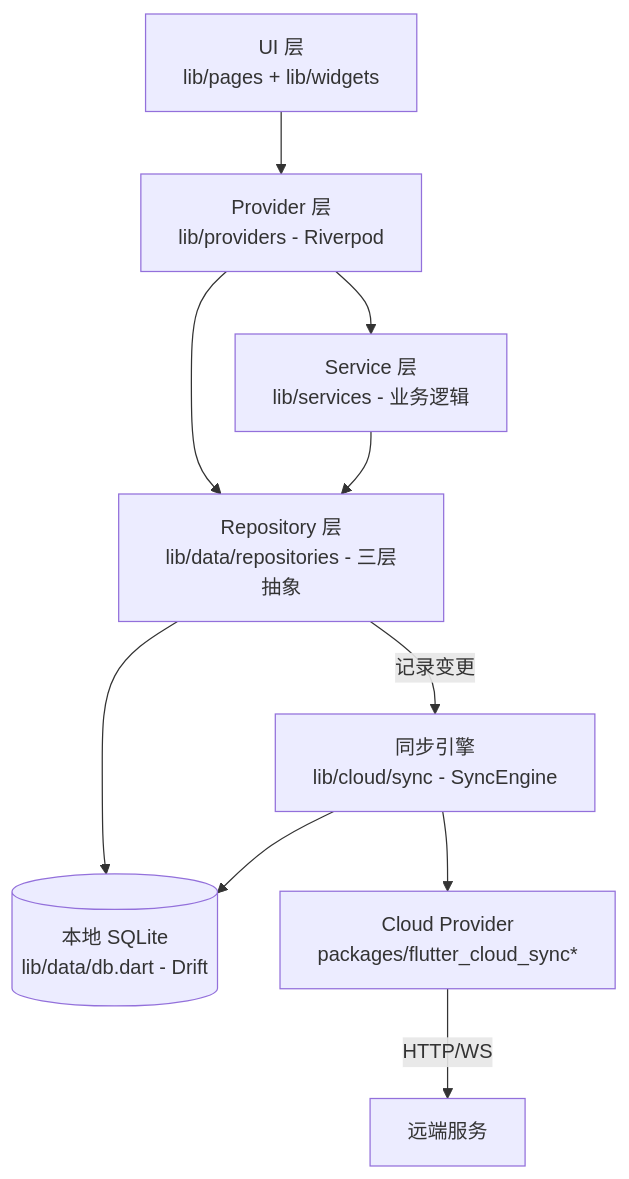
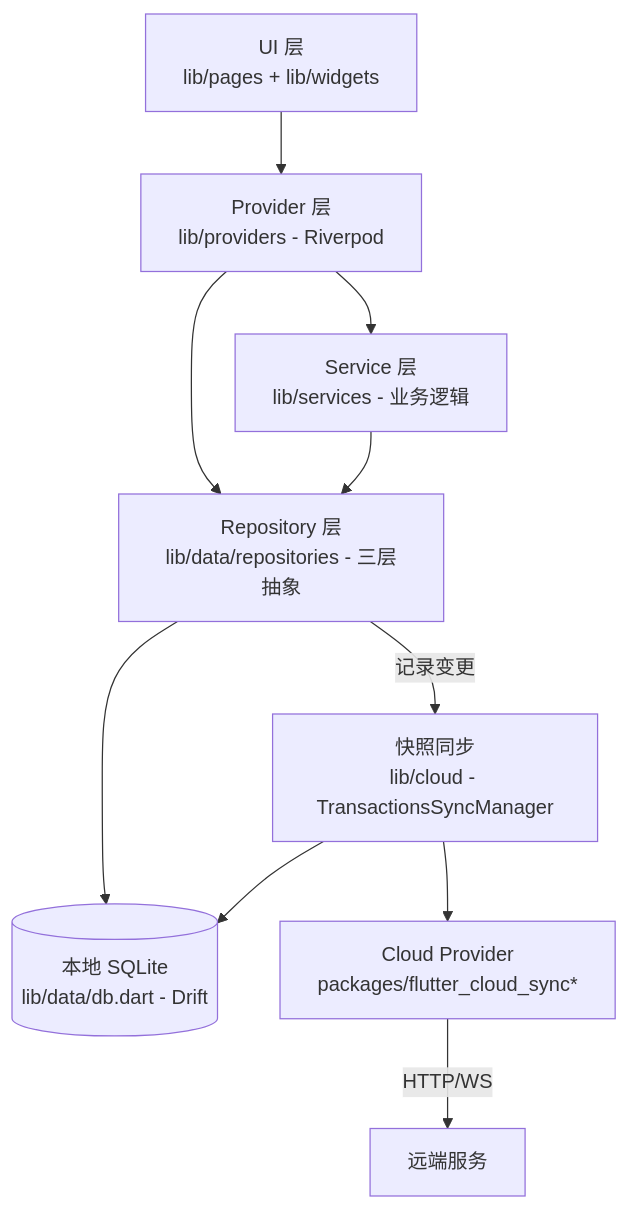
One commit to mecoren/PiggyCount changed the second of 5 diagrams in docoments/01-project-overview.md. Above: the diagram before and after it, drawn with Mermaid. The commit also changed other lines of this file and 19 other files, not shown here.

First line of the commit message:
docs: 工程文档与 known-issues 同步至 schema 58 / 快照同步（2026-10-17）

````diff
--- a/docoments/01-project-overview.md
+++ b/docoments/01-project-overview.md
@@ -132,20 +140,20 @@
 ```mermaid
 flowchart TD
     UI[UI 层<br/>lib/pages + lib/widgets]
     Provider[Provider 层<br/>lib/providers - Riverpod]
     Service[Service 层<br/>lib/services - 业务逻辑]
     Repo[Repository 层<br/>lib/data/repositories - 三层抽象]
     DB[(本地 SQLite<br/>lib/data/db.dart - Drift)]
-    Sync[同步引擎<br/>lib/cloud/sync - SyncEngine]
+    Sync[快照同步<br/>lib/cloud - TransactionsSyncManager]
     CloudProvider[Cloud Provider<br/>packages/flutter_cloud_sync*]
 
     UI --> Provider
     Provider --> Service
     Provider --> Repo
     Service --> Repo
     Repo --> DB
     Repo -->|记录变更| Sync
     Sync --> DB
     Sync --> CloudProvider
     CloudProvider -->|HTTP/WS| Remote[远端服务]
 ```
````
